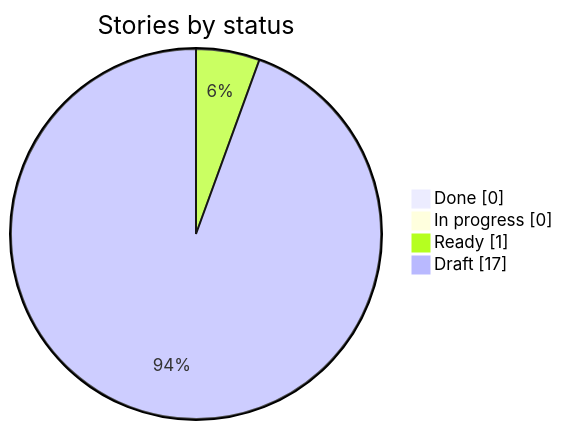
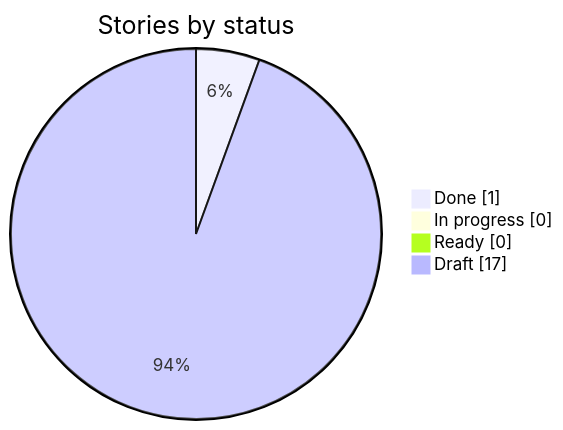
Before and after one commit to HebaGaber/oracle-property-intelligence-platform-pipeline-travis-tx: the first of 2 diagrams in docs/progress.md, drawn with Mermaid. The commit also changed other lines of this file, not shown here.

````diff
--- a/docs/progress.md
+++ b/docs/progress.md
@@ -9,7 +9,7 @@
 ```mermaid
 pie showData title Stories by status
-  "Done" : 0
+  "Done" : 1
   "In progress" : 0
-  "Ready" : 1
+  "Ready" : 0
   "Draft" : 17
 ```
````
